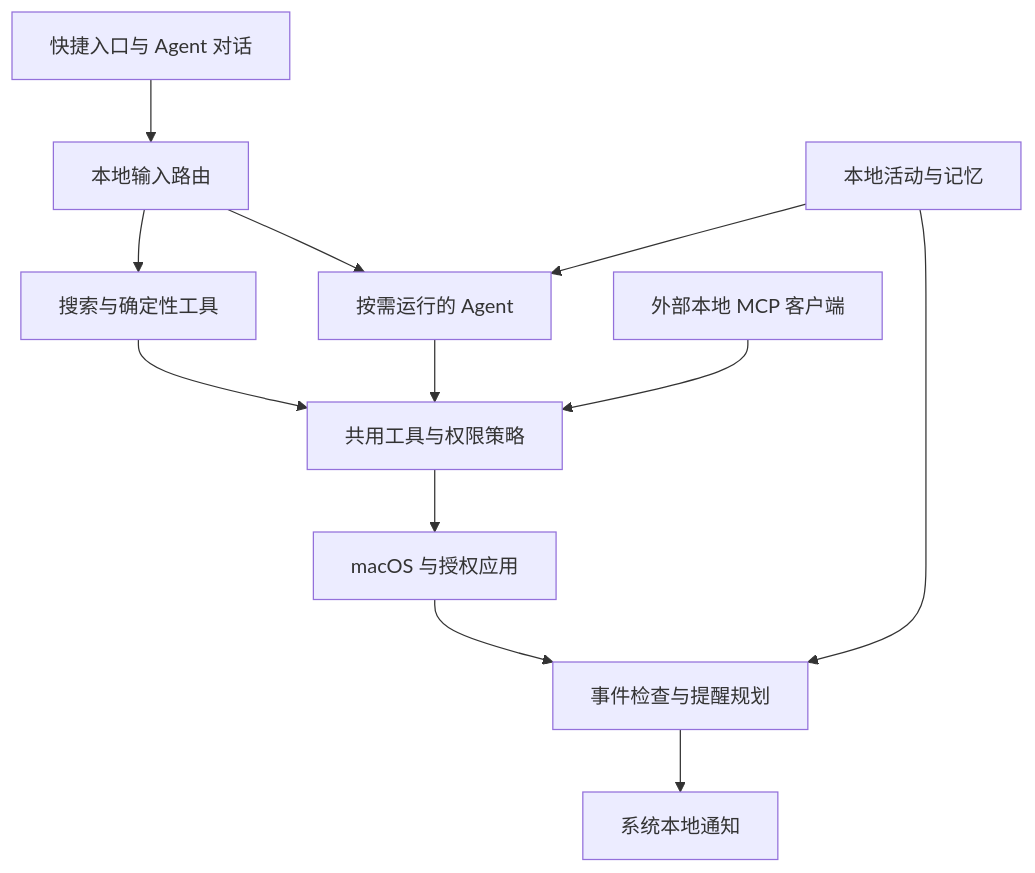
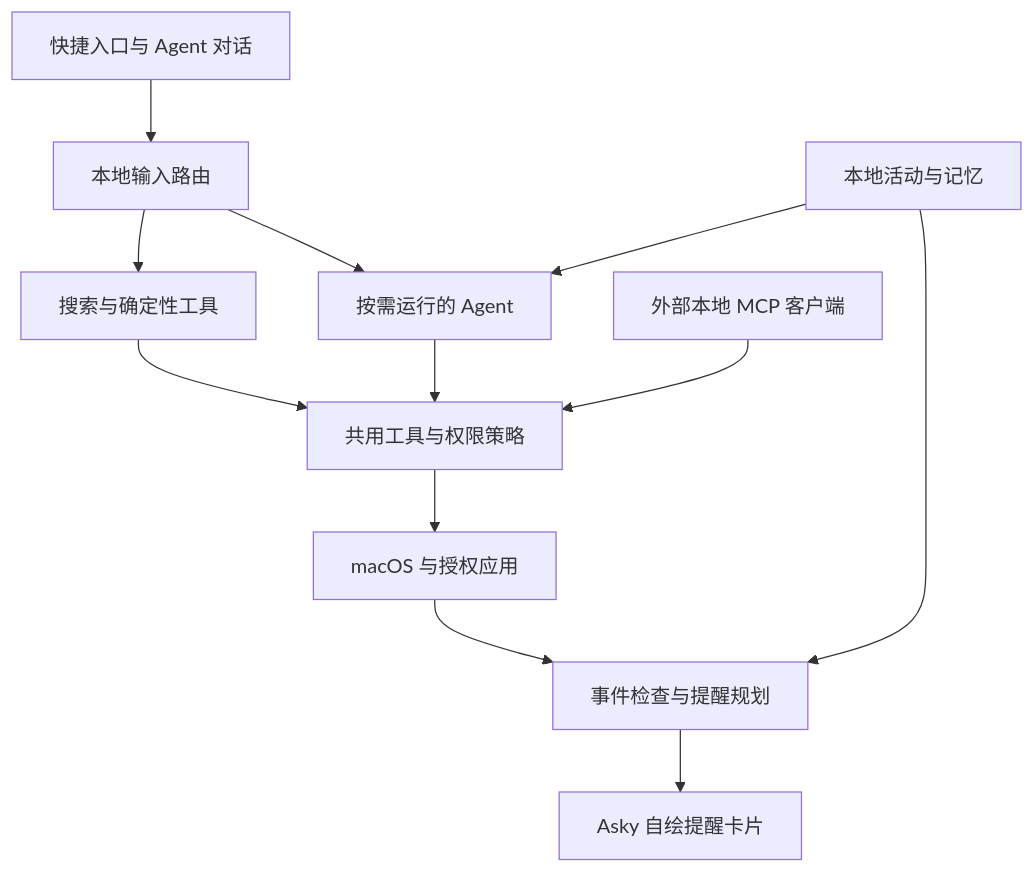
The diagram in docs/PRD.md (Left2y/Asky), drawn with Mermaid before and after one commit. The commit also changed other lines of this file and 14 other files, not shown here.

````diff
--- a/docs/PRD.md
+++ b/docs/PRD.md
@@ -183,14 +183,14 @@
 ```mermaid
 flowchart TD
     Input[快捷入口与 Agent 对话] --> Router[本地输入路由]
     Router --> Direct[搜索与确定性工具]
     Router --> Agent[按需运行的 Agent]
     Memory[本地活动与记忆] --> Agent
     Direct --> Tools[共用工具与权限策略]
     Agent --> Tools
     MCP[外部本地 MCP 客户端] --> Tools
     Tools --> Mac[macOS 与授权应用]
     Mac --> Events[事件检查与提醒规划]
     Memory --> Events
-    Events --> Notify[系统本地通知]
+    Events --> Notify[Asky 自绘提醒卡片]
 ```
````
